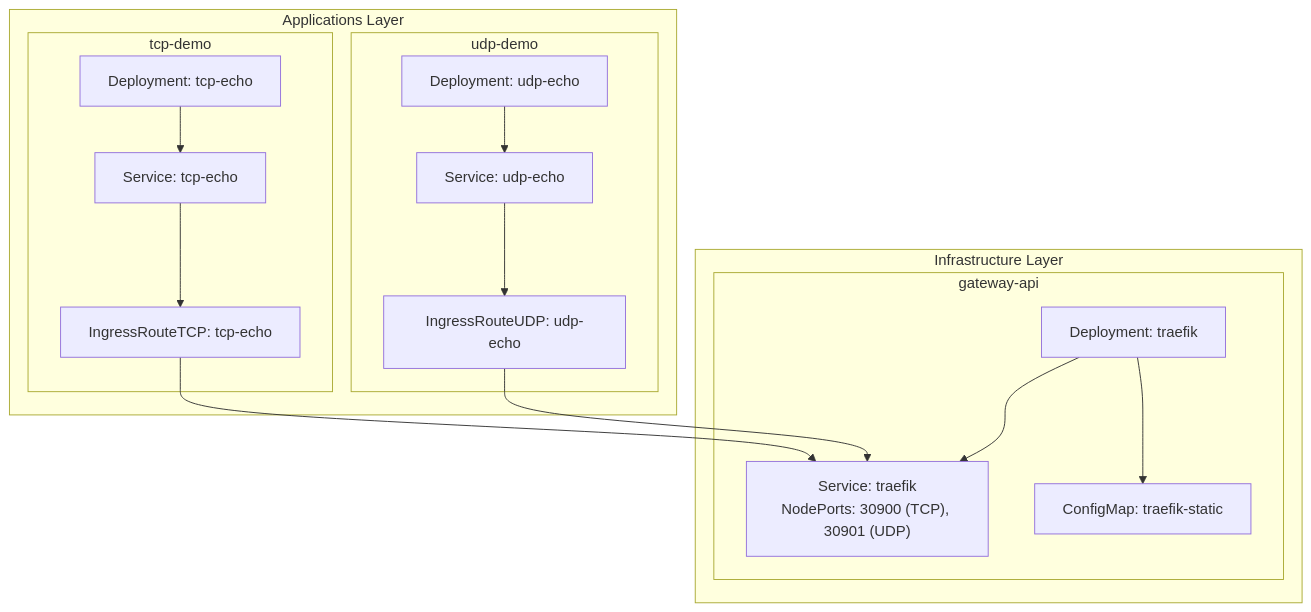
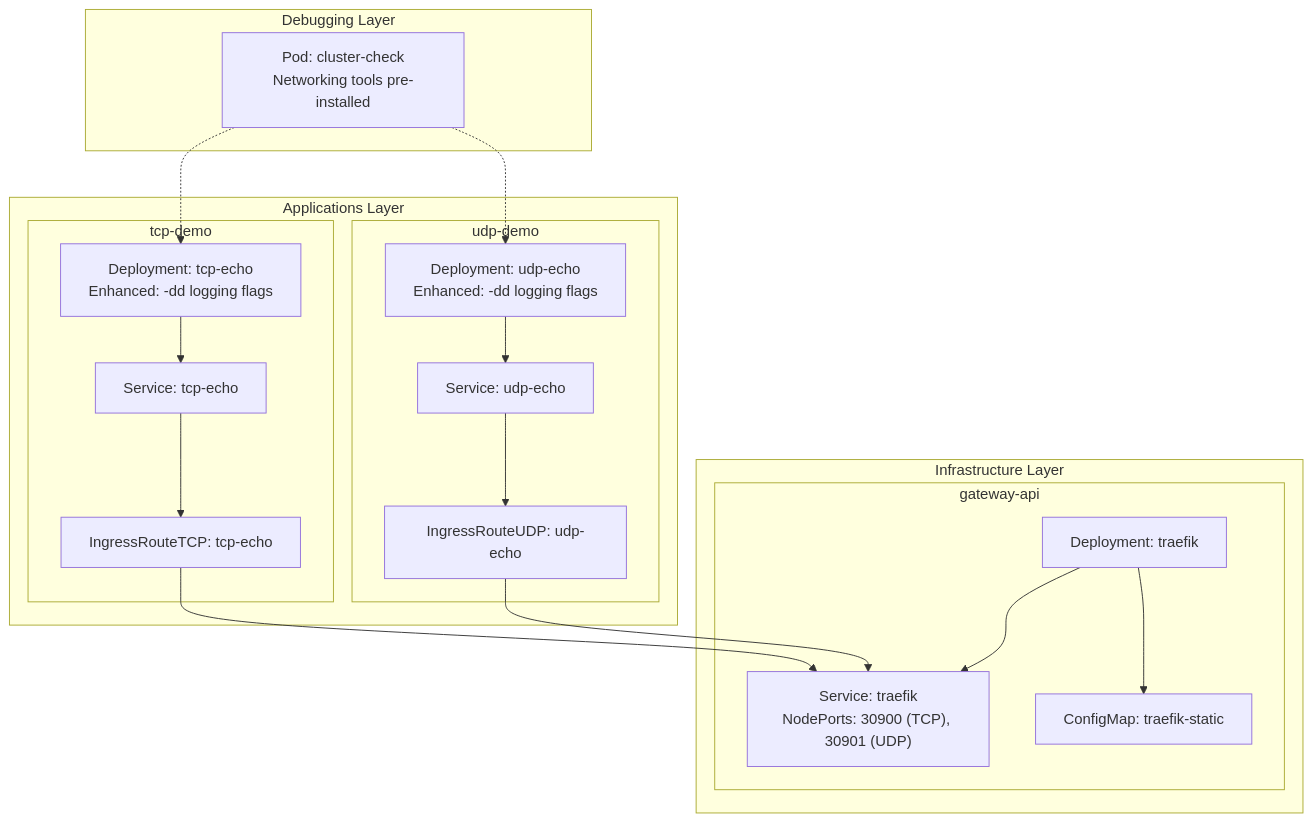
The first of 5 diagrams in .qoder/repowiki/en/content/Playground Applications/Demo Applications/TCP Echo Demo Application.md (Hoangvu75/k8s_manifest), drawn with Mermaid before and after one commit. The commit also changed other lines of this file and 5 other files, not shown here.

````diff
--- a/.qoder/repowiki/en/content/Playground Applications/Demo Applications/TCP Echo Demo Application.md
+++ b/.qoder/repowiki/en/content/Playground Applications/Demo Applications/TCP Echo Demo Application.md
@@ -48,30 +48,35 @@
 ```mermaid
 graph TB
 subgraph "Applications Layer"
 subgraph "tcp-demo"
-TCDep["Deployment: tcp-echo"]
+TCDep["Deployment: tcp-echo<br/>Enhanced: -dd logging flags"]
 TCService["Service: tcp-echo"]
 TCRoute["IngressRouteTCP: tcp-echo"]
 end
 subgraph "udp-demo"
-UDDep["Deployment: udp-echo"]
+UDDep["Deployment: udp-echo<br/>Enhanced: -dd logging flags"]
 UDService["Service: udp-echo"]
 UDRoute["IngressRouteUDP: udp-echo"]
 end
 end
 subgraph "Infrastructure Layer"
 subgraph "gateway-api"
 TRDeploy["Deployment: traefik"]
 TRSvc["Service: traefik<br/>NodePorts: 30900 (TCP), 30901 (UDP)"]
 TRStatic["ConfigMap: traefik-static"]
 end
 end
+subgraph "Debugging Layer"
+ClusterCheck["Pod: cluster-check<br/>Networking tools pre-installed"]
+end
 TCDep --> TCService
 TCService --> TCRoute
 TCRoute --> TRSvc
 UDDep --> UDService
 UDService --> UDRoute
 UDRoute --> TRSvc
 TRDeploy --> TRSvc
 TRDeploy --> TRStatic
+ClusterCheck -.-> TCDep
+ClusterCheck -.-> UDDep
 ```
````
